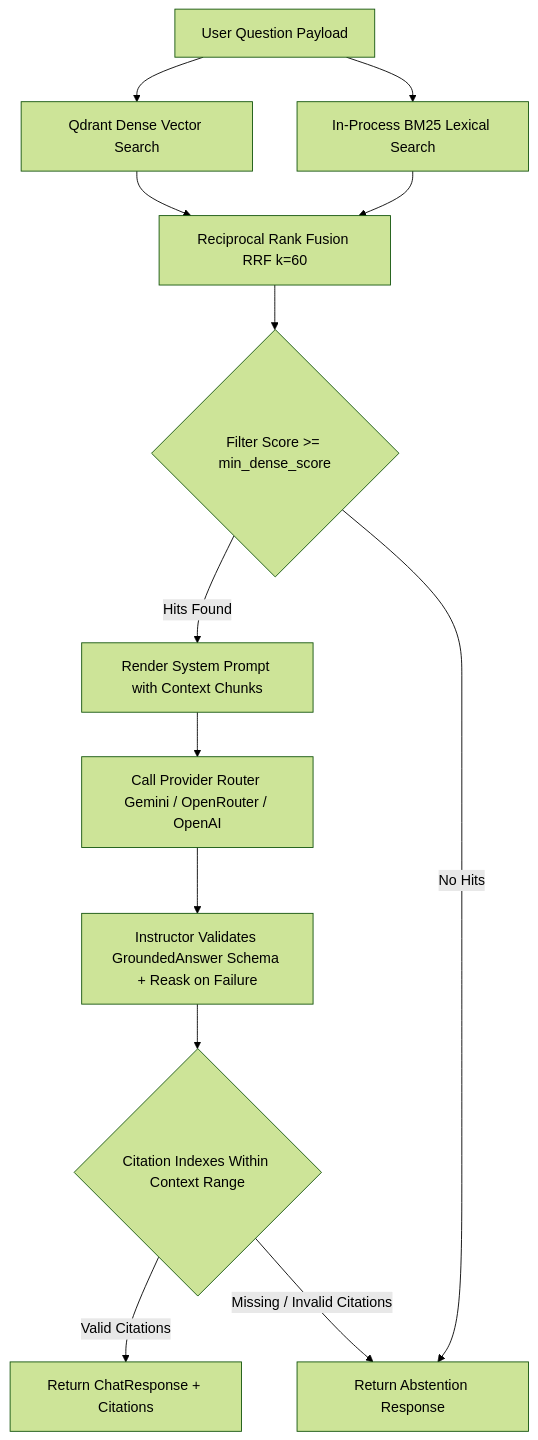
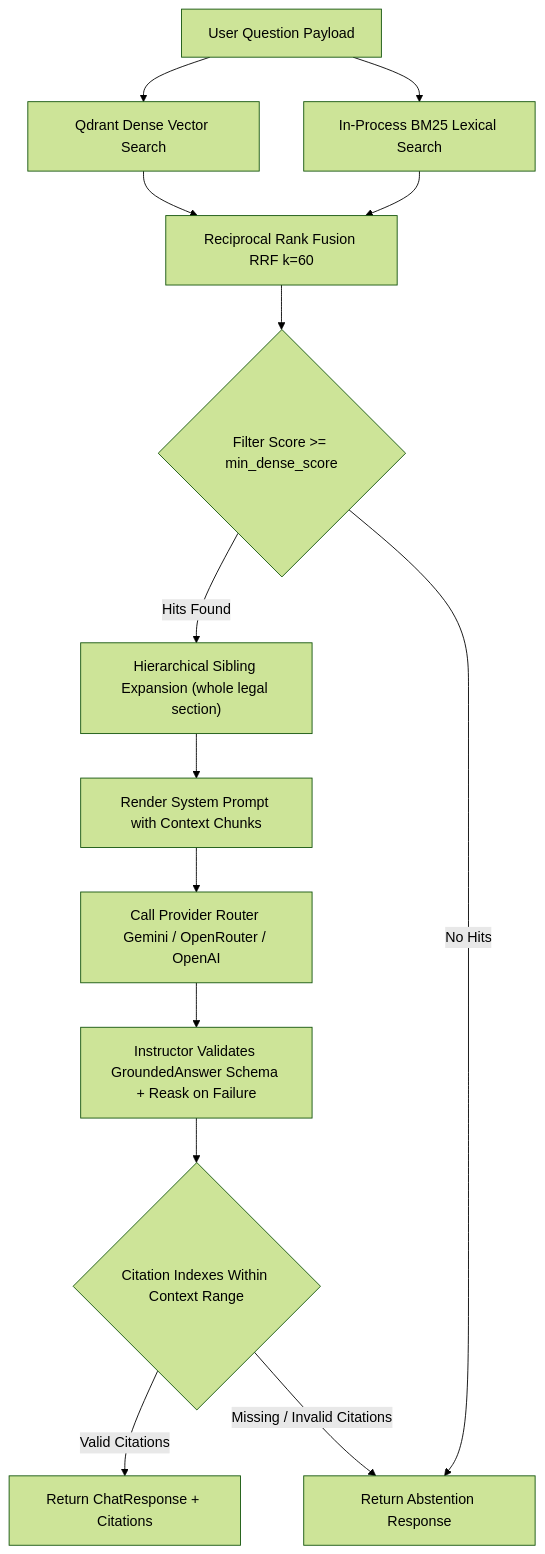
Before and after one commit to tunganhnguyen0210/Company-knowledge-RAG: the diagram in docs/architectures/04-retrieval-generation-and-citations.md, drawn with Mermaid (forest theme). The commit also changed other lines of this file and 7 other files, not shown here.

````diff
--- a/docs/architectures/04-retrieval-generation-and-citations.md
+++ b/docs/architectures/04-retrieval-generation-and-citations.md
@@ -13,19 +17,20 @@
 ```mermaid
 flowchart TD
     Query[User Question Payload] --> Dense[Qdrant Dense Vector Search]
     Query --> Lexical[In-Process BM25 Lexical Search]
 
     Dense --> RRF[Reciprocal Rank Fusion RRF k=60]
     Lexical --> RRF
 
-    RRF --> MinScore{Filter Score >= min_dense_score}
-    MinScore -->|Hits Found| Prompt[Render System Prompt with Context Chunks]
-    MinScore -->|No Hits| Abstain[Return Abstention Response]
+    RRF --> MinScore{"Filter Score >= min_dense_score"}
+    MinScore -->|Hits Found| Expand["Hierarchical Sibling Expansion (whole legal section)"]
+    MinScore -->|No Hits| Abstain["Return Abstention Response"]
+    Expand --> Prompt["Render System Prompt with Context Chunks"]
 
     Prompt --> LLM[Call Provider Router Gemini / OpenRouter / OpenAI]
     LLM --> Structured[Instructor Validates GroundedAnswer Schema + Reask on Failure]
     Structured --> CitationCheck{Citation Indexes Within Context Range}
 
     CitationCheck -->|Valid Citations| Output[Return ChatResponse + Citations]
     CitationCheck -->|Missing / Invalid Citations| Abstain
 ```
````
